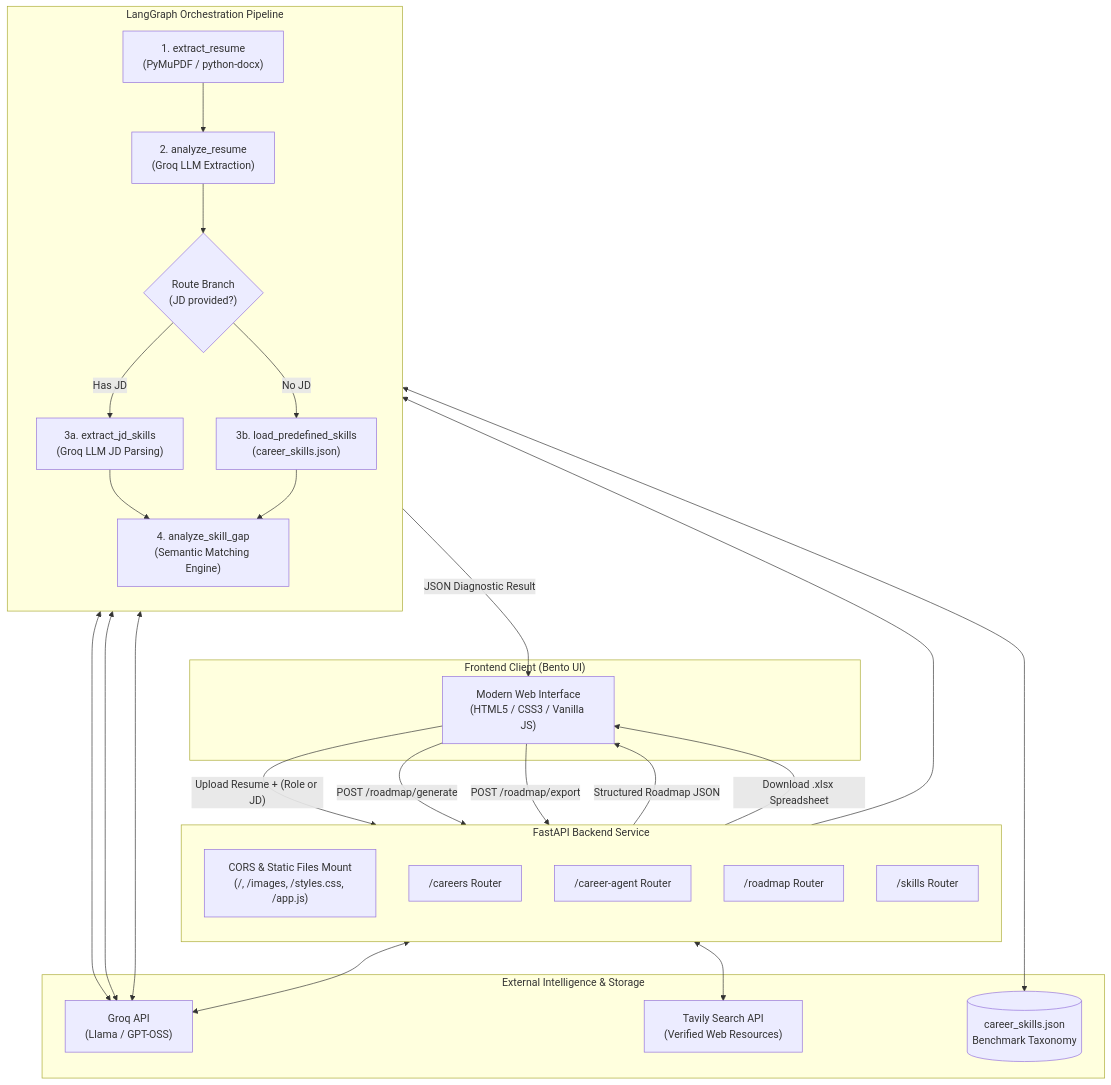
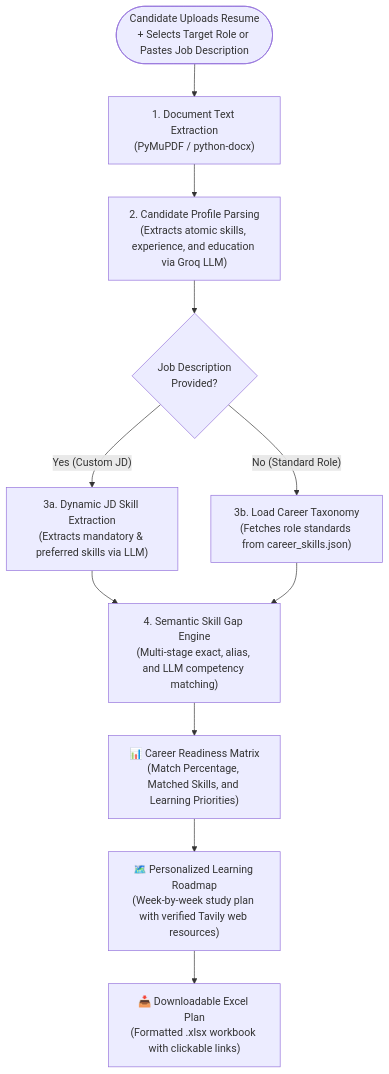
One commit to Sujalproject/SkillBridge changed the diagram in README.md. Above: the diagram before and after it, drawn with Mermaid. The commit also changed other lines of this file, not shown here.

````diff
--- a/README.md
+++ b/README.md
@@ -63,51 +63,29 @@
 ```mermaid
 flowchart TD
-    subgraph Client["Frontend Client (Bento UI)"]
-        UI["Modern Web Interface\n(HTML5 / CSS3 / Vanilla JS)"]
-    end
-
-    subgraph API["FastAPI Backend Service"]
-        direction TB
-        CORS["CORS & Static Files Mount\n(/, /images, /styles.css, /app.js)"]
-        RouterCareer["/careers Router"]
-        RouterAgent["/career-agent Router"]
-        RouterRoadmap["/roadmap Router"]
-        RouterSkills["/skills Router"]
-    end
-
-    subgraph Workflow["LangGraph Orchestration Pipeline"]
-        direction TB
-        N1["1. extract_resume\n(PyMuPDF / python-docx)"]
-        N2["2. analyze_resume\n(Groq LLM Extraction)"]
-        Decision{"Route Branch\n(JD provided?)"}
-        N3A["3a. extract_jd_skills\n(Groq LLM JD Parsing)"]
-        N3B["3b. load_predefined_skills\n(career_skills.json)"]
-        N4["4. analyze_skill_gap\n(Semantic Matching Engine)"]
-
-        N1 --> N2 --> Decision
-        Decision -- "Has JD" --> N3A --> N4
-        Decision -- "No JD" --> N3B --> N4
-    end
-
-    subgraph Intelligence["External Intelligence & Storage"]
-        Groq["Groq API\n(Llama / GPT-OSS)"]
-        Tavily["Tavily Search API\n(Verified Web Resources)"]
-        Taxonomy[("career_skills.json\nBenchmark Taxonomy")]
-    end
-
-    UI -->|"Upload Resume + (Role or JD)"| RouterAgent
-    RouterAgent --> Workflow
-    N2 <--> Groq
-    N3A <--> Groq
-    N3B <--> Taxonomy
-    N4 <--> Groq
-    Workflow -->|"JSON Diagnostic Result"| UI
-
-    UI -->|"POST /roadmap/generate"| RouterRoadmap
-    RouterRoadmap <--> Tavily
-    RouterRoadmap <--> Groq
-    RouterRoadmap -->|"Structured Roadmap JSON"| UI
-
-    UI -->|"POST /roadmap/export"| RouterRoadmap
-    RouterRoadmap -->|"Download .xlsx Spreadsheet"| UI
+    Start(["Candidate Uploads Resume\n+ Selects Target Role or Pastes Job Description"])
+    
+    Extract["1. Document Text Extraction\n(PyMuPDF / python-docx)"]
+    Profile["2. Candidate Profile Parsing\n(Extracts atomic skills, experience, and education via Groq LLM)"]
+    
+    Branch{"Job Description\nProvided?"}
+    
+    JDSkills["3a. Dynamic JD Skill Extraction\n(Extracts mandatory & preferred skills via LLM)"]
+    CatalogSkills["3b. Load Career Taxonomy\n(Fetches role standards from career_skills.json)"]
+    
+    GapEngine["4. Semantic Skill Gap Engine\n(Multi-stage exact, alias, and LLM competency matching)"]
+    
+    Dashboard["📊 Career Readiness Matrix\n(Match Percentage, Matched Skills, and Learning Priorities)"]
+    Roadmap["🗺️ Personalized Learning Roadmap\n(Week-by-week study plan with verified Tavily web resources)"]
+    Export["📥 Downloadable Excel Plan\n(Formatted .xlsx workbook with clickable links)"]
+    
+    Start --> Extract
+    Extract --> Profile
+    Profile --> Branch
+    Branch -- "Yes (Custom JD)" --> JDSkills
+    Branch -- "No (Standard Role)" --> CatalogSkills
+    JDSkills --> GapEngine
+    CatalogSkills --> GapEngine
+    GapEngine --> Dashboard
+    Dashboard --> Roadmap
+    Roadmap --> Export
 ```
````
